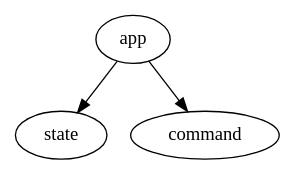
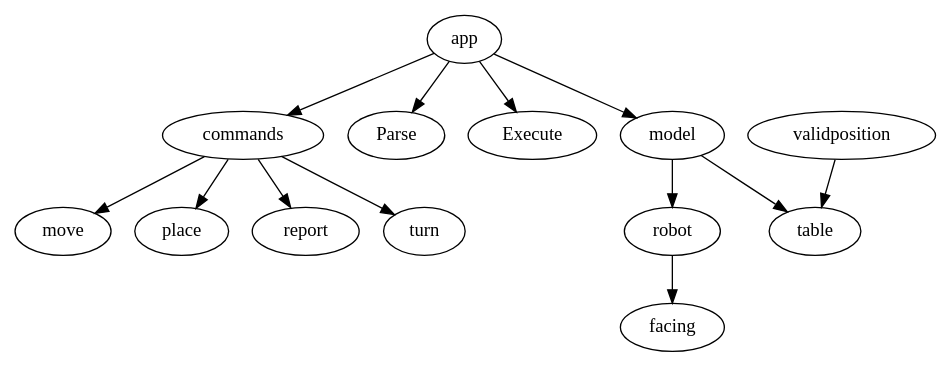
The fifth of 5 diagrams in doc.md (jnnnnn/toyrobotgolang), drawn with Graphviz before and after one commit. The commit also changed other lines of this file and 14 other files, not shown here.

````diff
--- a/doc.md
+++ b/doc.md
@@ -75,5 +75,10 @@
 ```graphviz
 digraph {
-    app -> { state command }
+    app -> { model commands Parse Execute }
+    model -> { robot table }
+    robot -> { facing }
+    validposition -> { table }
+    commands -> { move place report turn }
+
 }
 ```
````
